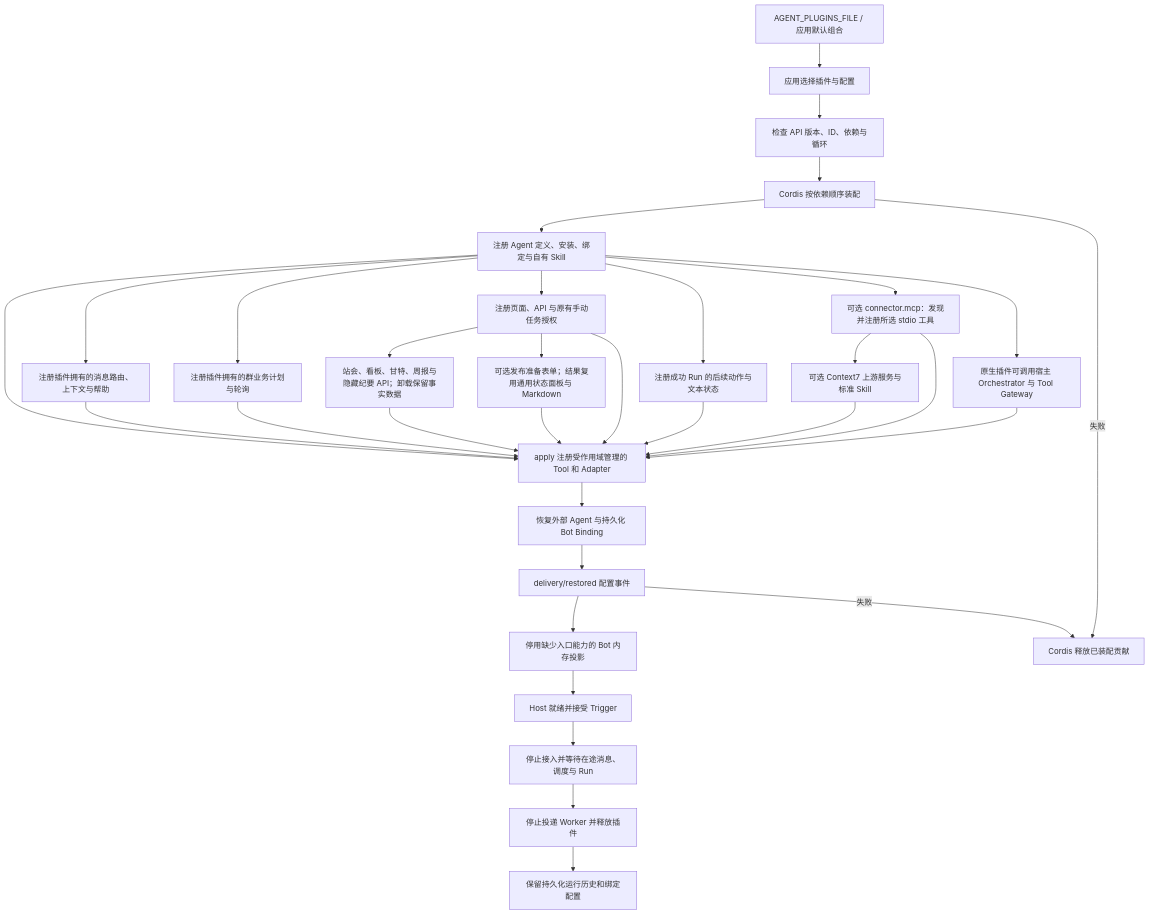
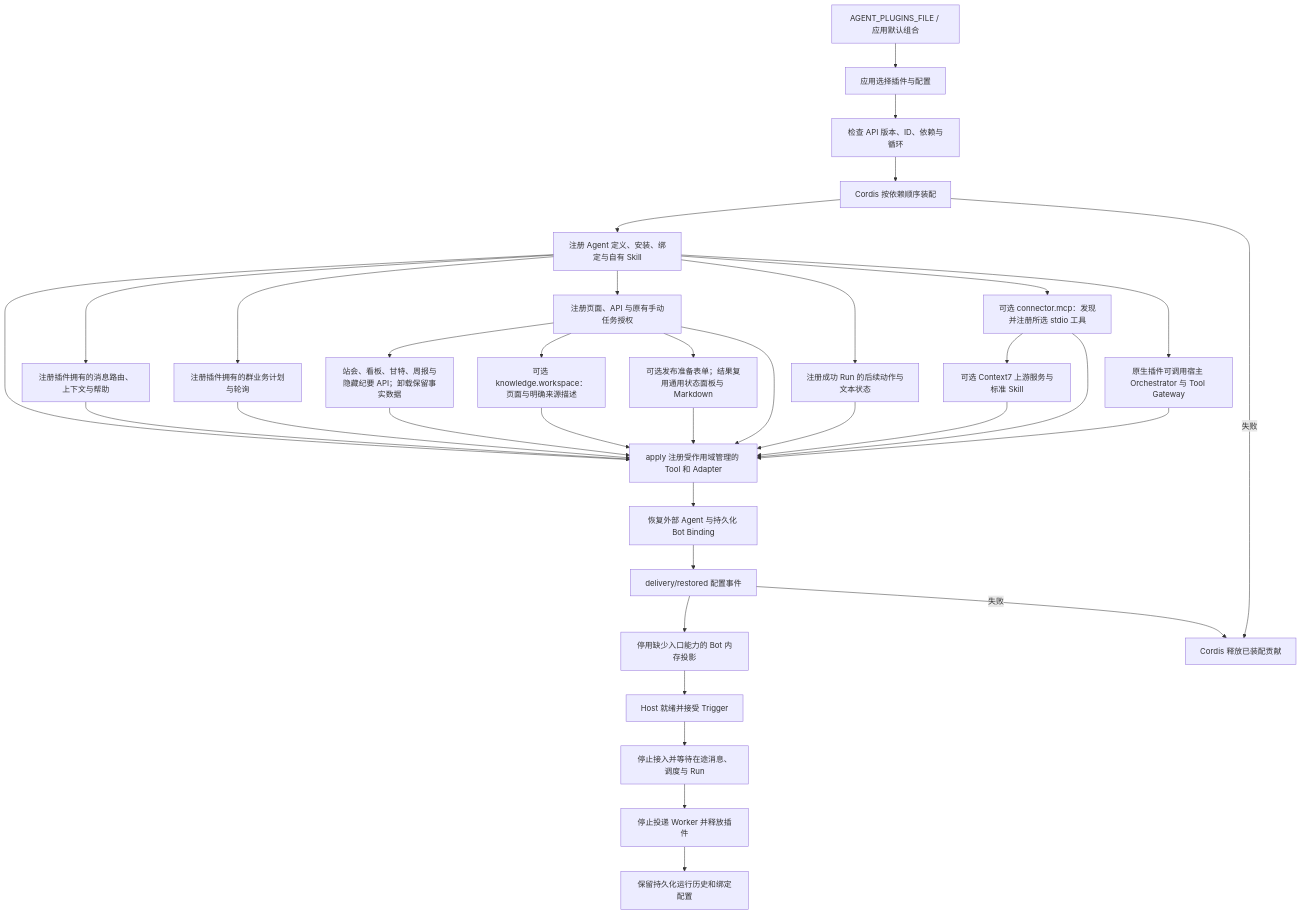
The diagram in backend/src/platform/plugins/FEATURE.md (KlayPeter/AI-Delivery-Ops-Agent), drawn with Mermaid before and after one commit. The commit also changed other lines of this file and 25 other files, not shown here.

Commit message:
feat: make the knowledge workspace an optional plugin

````diff
--- a/backend/src/platform/plugins/FEATURE.md
+++ b/backend/src/platform/plugins/FEATURE.md
@@ -21,35 +21,37 @@
 ```mermaid
 flowchart TD
     Y[AGENT_PLUGINS_FILE / 应用默认组合] --> A[应用选择插件与配置]
     A --> B[检查 API 版本、ID、依赖与循环]
     B --> C[Cordis 按依赖顺序装配]
     C --> D[注册 Agent 定义、安装、绑定与自有 Skill]
     D --> E[apply 注册受作用域管理的 Tool 和 Adapter]
     D --> MR[注册插件拥有的消息路由、上下文与帮助]
     MR --> E
     D --> SJ[注册插件拥有的群业务计划与轮询]
     SJ --> E
     D --> WEB[注册页面、API 与原有手动任务授权]
     WEB --> VIS[站会、看板、甘特、周报与隐藏纪要 API；卸载保留事实数据]
     VIS --> E
+    WEB --> KW[可选 knowledge.workspace：页面与明确来源描述]
+    KW --> E
     WEB --> RELEASE[可选发布准备表单；结果复用通用状态面板与 Markdown]
     RELEASE --> E
     WEB --> E
     D --> RA[注册成功 Run 的后续动作与文本状态]
     RA --> E
     D --> MCP[可选 connector.mcp：发现并注册所选 stdio 工具]
     MCP --> C7[可选 Context7 上游服务与标准 Skill]
     C7 --> E
     MCP --> E
     D --> NS[原生插件可调用宿主 Orchestrator 与 Tool Gateway]
     NS --> E
     E --> F[恢复外部 Agent 与持久化 Bot Binding]
     F --> G[delivery/restored 配置事件]
     G --> H[停用缺少入口能力的 Bot 内存投影]
     H --> I[Host 就绪并接受 Trigger]
     C -- 失败 --> X[Cordis 释放已装配贡献]
     G -- 失败 --> X
     I --> J[停止接入并等待在途消息、调度与 Run]
     J --> K[停止投递 Worker 并释放插件]
     K --> L[保留持久化运行历史和绑定配置]
 ```
````
